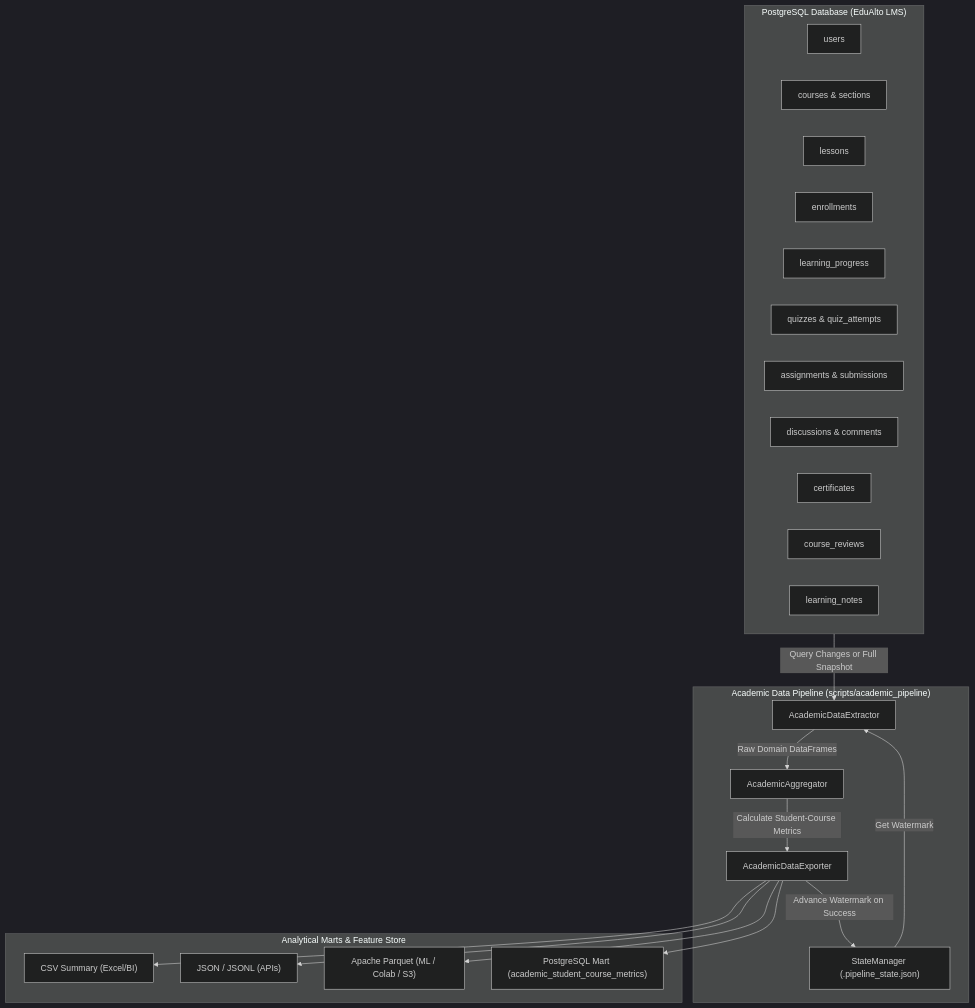
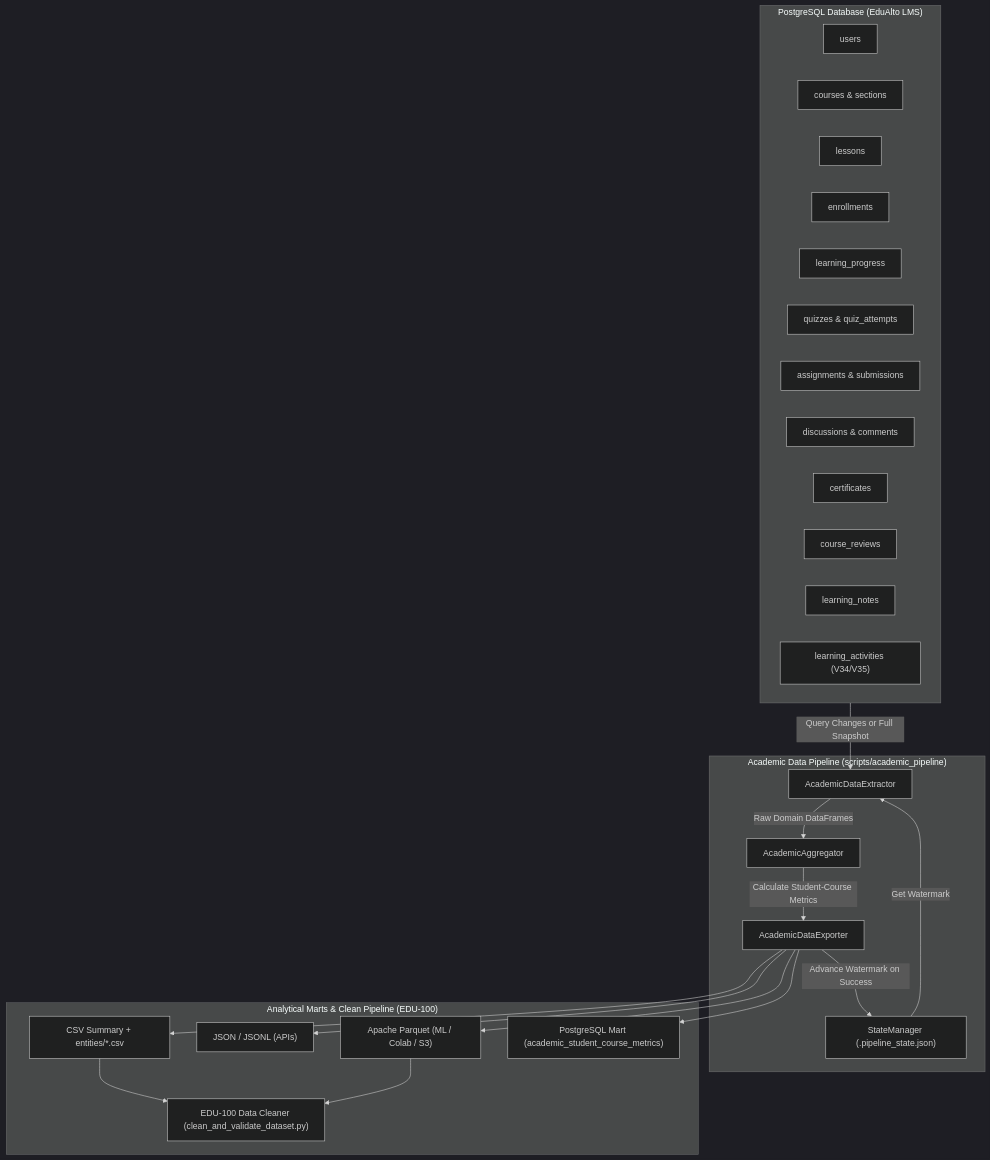
The diagram in docs/architecture/academic-data-pipeline.md (teehihi/edu-alto), drawn with Mermaid (dark theme) before and after one commit. The commit also changed other lines of this file and 3 other files, not shown here.

Commit message:
docs(architecture,database): sync learning activity schema and ETL pipeline docs (EDU-96, EDU-97, EDU-99, EDU-100)

````diff
--- a/docs/architecture/academic-data-pipeline.md
+++ b/docs/architecture/academic-data-pipeline.md
@@ -25,40 +25,44 @@
 ```mermaid
 flowchart TD
     subgraph Source ["PostgreSQL Database (EduAlto LMS)"]
         Users["users"]
         Courses["courses & sections"]
         Lessons["lessons"]
         Enrollments["enrollments"]
         Progress["learning_progress"]
         Quizzes["quizzes & quiz_attempts"]
         Assignments["assignments & submissions"]
         Discussions["discussions & comments"]
         Certificates["certificates"]
         Reviews["course_reviews"]
         Notes["learning_notes"]
+        Activities["learning_activities (V34/V35)"]
     end
 
     subgraph Pipeline ["Academic Data Pipeline (scripts/academic_pipeline)"]
         StateMgr["StateManager (.pipeline_state.json)"]
         Extractor["AcademicDataExtractor"]
         Aggregator["AcademicAggregator"]
         Exporter["AcademicDataExporter"]
     end
 
-    subgraph Outputs ["Analytical Marts & Feature Store"]
-        CSV["CSV Summary (Excel/BI)"]
+    subgraph Outputs ["Analytical Marts & Clean Pipeline (EDU-100)"]
+        CSV["CSV Summary + entities/*.csv"]
         JSON["JSON / JSONL (APIs)"]
         Parquet["Apache Parquet (ML / Colab / S3)"]
         DBMart["PostgreSQL Mart (academic_student_course_metrics)"]
+        Cleaner["EDU-100 Data Cleaner (clean_and_validate_dataset.py)"]
     end
 
     StateMgr -->|Get Watermark| Extractor
     Source -->|Query Changes or Full Snapshot| Extractor
     Extractor -->|Raw Domain DataFrames| Aggregator
     Aggregator -->|Calculate Student-Course Metrics| Exporter
     Exporter --> CSV
     Exporter --> JSON
     Exporter --> Parquet
     Exporter --> DBMart
     Exporter -->|Advance Watermark on Success| StateMgr
+    CSV --> Cleaner
+    Parquet --> Cleaner
 ```
````
